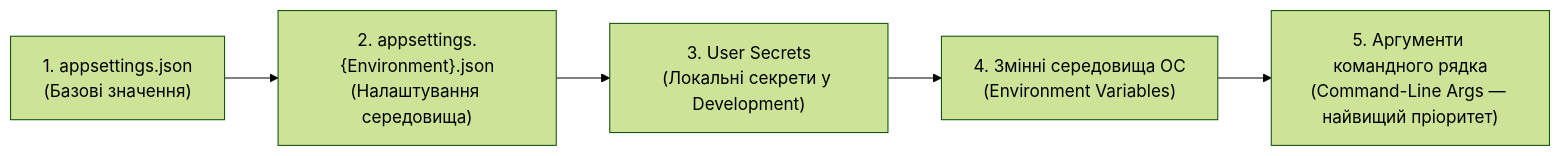
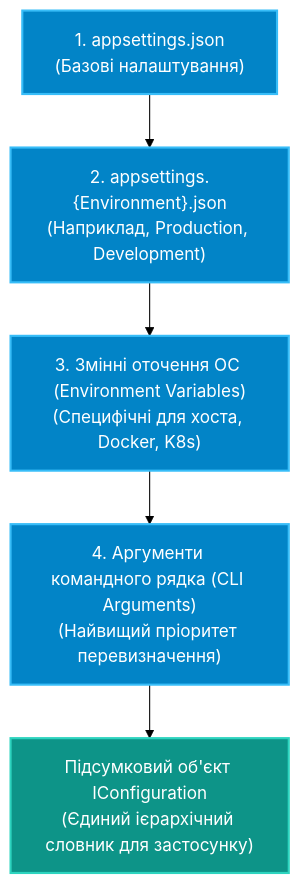
One commit to MrTomkaYurii/CSharp-OOP-Mastery changed the diagram in 08-Architecture-And-Patterns/02-Generic-Host-Configuration-And-Logging/Docs/02_Configuration_And_Options_Pattern.md. Above: the diagram before and after it, drawn with Mermaid (forest theme). The commit also changed other lines of this file and 73 other files, not shown here.

Commit message:
docs: enrich and expand all lecture guides across chapters 01, 02, 04, 05, 06, 07, 08, 10 with deep theory, Mermaid diagrams and verified links

````diff
--- a/08-Architecture-And-Patterns/02-Generic-Host-Configuration-And-Logging/Docs/02_Configuration_And_Options_Pattern.md
+++ b/08-Architecture-And-Patterns/02-Generic-Host-Configuration-And-Logging/Docs/02_Configuration_And_Options_Pattern.md
@@ -11,7 +7,10 @@
 ```mermaid
-flowchart LR
-    P1["1. appsettings.json<br/>(Базові значення)"] --> P2["2. appsettings.{Environment}.json<br/>(Налаштування середовища)"]
-    P2 --> P3["3. User Secrets<br/>(Локальні секрети у Development)"]
-    P3 --> P4["4. Змінні середовища ОС<br/>(Environment Variables)"]
-    P4 --> P5["5. Аргументи командного рядка<br/>(Command-Line Args — найвищий пріоритет)"]
+flowchart TD
+    classDef prov fill:#0284c7,stroke:#38bdf8,color:#ffffff,stroke-width:2px;
+    classDef merged fill:#0d9488,stroke:#2dd4bf,color:#ffffff,stroke-width:2px;
+
+    P1["1. appsettings.json<br/>(Базові налаштування)"]:::prov --> P2["2. appsettings.{Environment}.json<br/>(Наприклад, Production, Development)"]:::prov
+    P2 --> P3["3. Змінні оточення ОС (Environment Variables)<br/>(Специфічні для хоста, Docker, K8s)"]:::prov
+    P3 --> P4["4. Аргументи командного рядка (CLI Arguments)<br/>(Найвищий пріоритет перевизначення)"]:::prov
+    P4 --> Final["Підсумковий об'єкт IConfiguration<br/>(Єдиний ієрархічний словник для застосунку)"]:::merged
 ```
````
